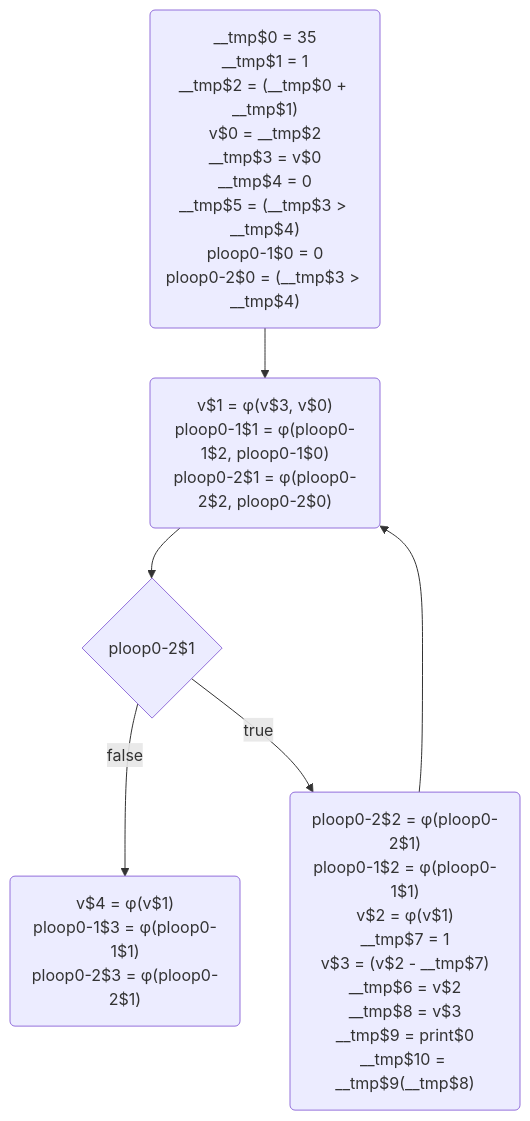
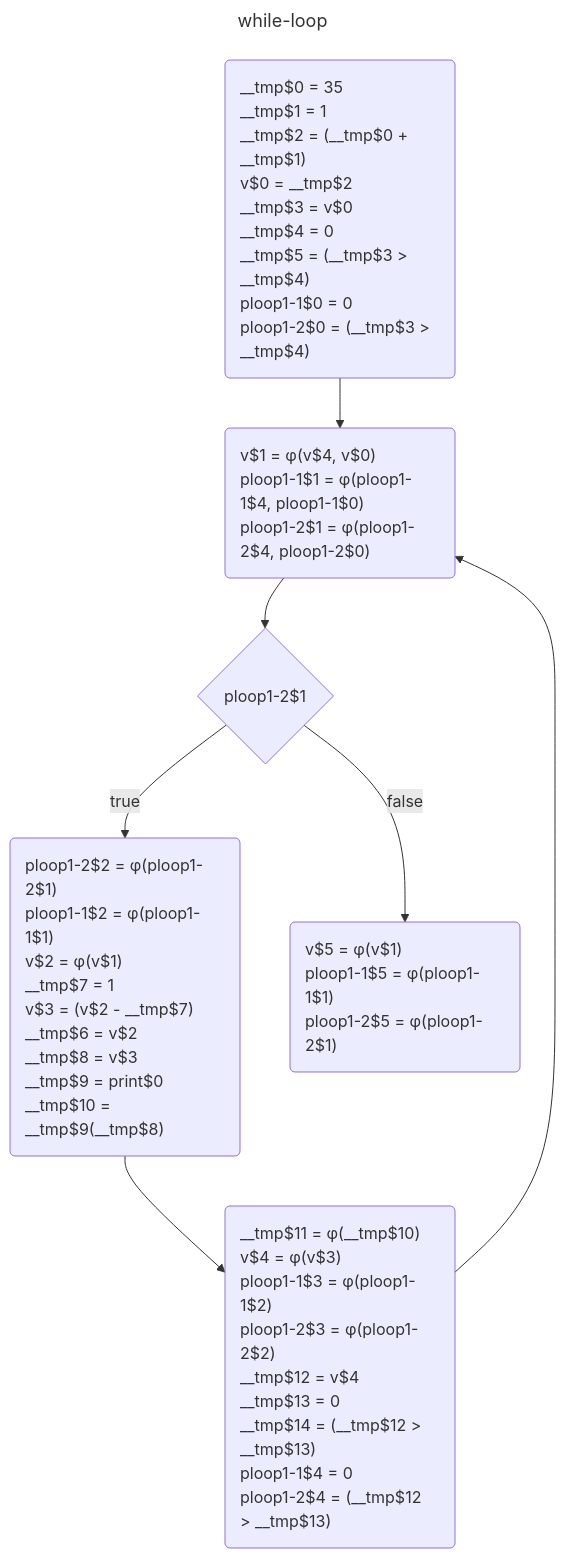
Before and after one commit to dee-tree/sav-lab1: the diagram in res/while-loop/ssa-diagram_unoptimized.mmd, drawn with Mermaid. The commit also changed 33 other files, not shown here.

```diff
--- a/res/while-loop/ssa-diagram_unoptimized.mmd
+++ b/res/while-loop/ssa-diagram_unoptimized.mmd
@@ -1,11 +1,17 @@
+---
+title: while-loop
+---
 flowchart TD
-	while_start$1("v$1 = φ(v$3, v$0)<br>ploop0-1$1 = φ(ploop0-1$2, ploop0-1$0)<br>ploop0-2$1 = φ(ploop0-2$2, ploop0-2$0)")
-	cond$2{"ploop0-2$1"}
-	entry$0("__tmp$0 = 35<br>__tmp$1 = 1<br>__tmp$2 = (__tmp$0 + __tmp$1)<br>v$0 = __tmp$2<br>__tmp$3 = v$0<br>__tmp$4 = 0<br>__tmp$5 = (__tmp$3 > __tmp$4)<br>ploop0-1$0 = 0<br>ploop0-2$0 = (__tmp$3 > __tmp$4)")
-	while_body$3("ploop0-2$2 = φ(ploop0-2$1)<br>ploop0-1$2 = φ(ploop0-1$1)<br>v$2 = φ(v$1)<br>__tmp$7 = 1<br>v$3 = (v$2 - __tmp$7)<br>__tmp$6 = v$2<br>__tmp$8 = v$3<br>__tmp$9 = print$0<br>__tmp$10 = __tmp$9(__tmp$8)")
-	while_exit$4("v$4 = φ(v$1)<br>ploop0-1$3 = φ(ploop0-1$1)<br>ploop0-2$3 = φ(ploop0-2$1)")
+	while_start$1("v$1 = φ(v$4, v$0)<br>ploop1-1$1 = φ(ploop1-1$4, ploop1-1$0)<br>ploop1-2$1 = φ(ploop1-2$4, ploop1-2$0)"):::defstyle
+	while_body$3("ploop1-2$2 = φ(ploop1-2$1)<br>ploop1-1$2 = φ(ploop1-1$1)<br>v$2 = φ(v$1)<br>__tmp$7 = 1<br>v$3 = (v$2 - __tmp$7)<br>__tmp$6 = v$2<br>__tmp$8 = v$3<br>__tmp$9 = print$0<br>__tmp$10 = __tmp$9(__tmp$8)"):::defstyle
+	null$4("__tmp$11 = φ(__tmp$10)<br>v$4 = φ(v$3)<br>ploop1-1$3 = φ(ploop1-1$2)<br>ploop1-2$3 = φ(ploop1-2$2)<br>__tmp$12 = v$4<br>__tmp$13 = 0<br>__tmp$14 = (__tmp$12 > __tmp$13)<br>ploop1-1$4 = 0<br>ploop1-2$4 = (__tmp$12 > __tmp$13)"):::defstyle
+	entry$0("__tmp$0 = 35<br>__tmp$1 = 1<br>__tmp$2 = (__tmp$0 + __tmp$1)<br>v$0 = __tmp$2<br>__tmp$3 = v$0<br>__tmp$4 = 0<br>__tmp$5 = (__tmp$3 > __tmp$4)<br>ploop1-1$0 = 0<br>ploop1-2$0 = (__tmp$3 > __tmp$4)"):::defstyle
+	cond$2{"ploop1-2$1"}:::defstyle
+	while_exit$5("v$5 = φ(v$1)<br>ploop1-1$5 = φ(ploop1-1$1)<br>ploop1-2$5 = φ(ploop1-2$1)"):::defstyle
 	while_start$1 -->  cond$2
-	while_body$3 -->  while_start$1
-	cond$2 --> |"false"| while_exit$4
+	while_body$3 -->  null$4
 	entry$0 -->  while_start$1
+	cond$2 --> |"false"| while_exit$5
+	null$4 -->  while_start$1
 	cond$2 --> |"true"| while_body$3
+classDef defstyle text-align: left;
```
